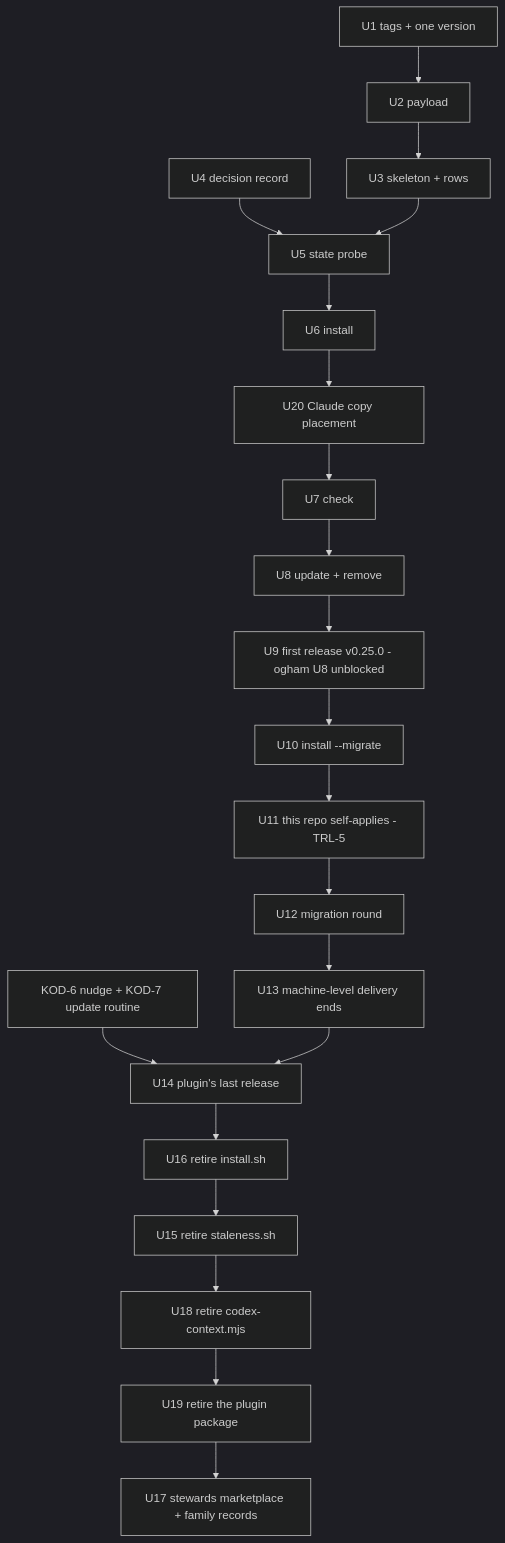
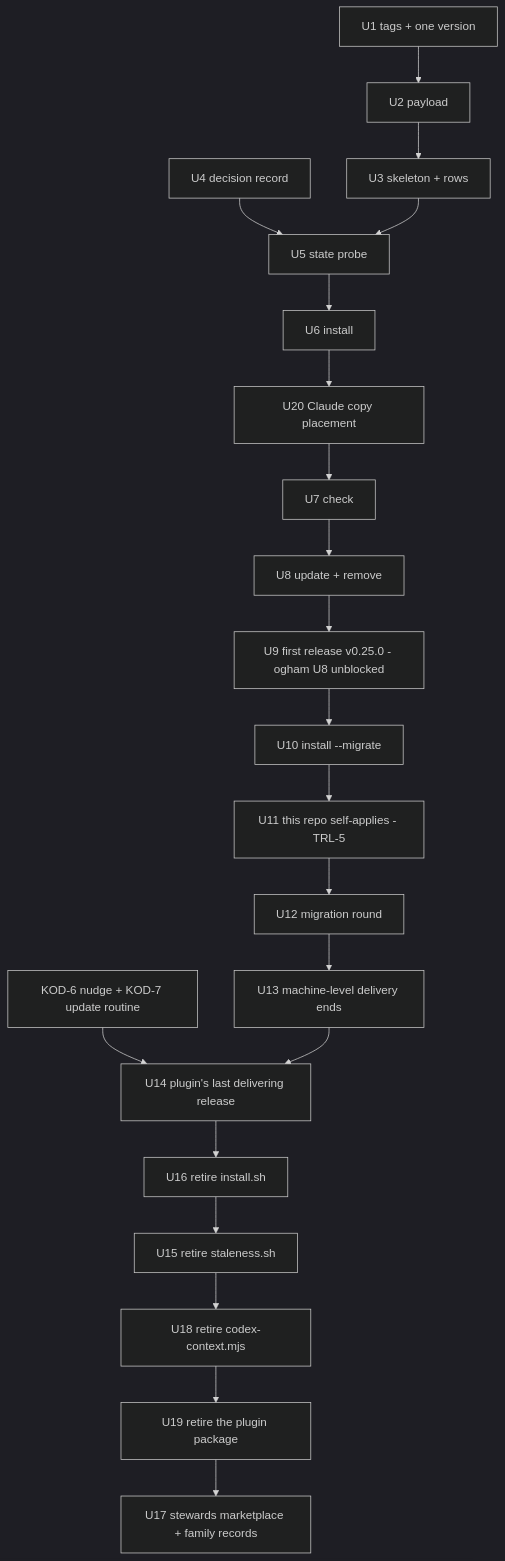
Before and after one commit to kodhama/trellis: the third of 3 diagrams in docs/plans/2026-10-09-1945-refactor-trellis-delivery-direction-plan.md, drawn with Mermaid (dark theme). The commit also changed other lines of this file, not shown here.

````diff
--- a/docs/plans/2026-10-09-1945-refactor-trellis-delivery-direction-plan.md
+++ b/docs/plans/2026-10-09-1945-refactor-trellis-delivery-direction-plan.md
@@ -319,17 +319,17 @@
 ```mermaid
 flowchart TB
   U1[U1 tags + one version] --> U2[U2 payload]
   U2 --> U3[U3 skeleton + rows]
   U4[U4 decision record] --> U5[U5 state probe]
   U3 --> U5 --> U6[U6 install] --> U20[U20 Claude copy placement] --> U7[U7 check] --> U8[U8 update + remove]
   U8 --> U9[U9 first release v0.25.0 - ogham U8 unblocked]
   U9 --> U10[U10 install --migrate]
   U10 --> U11[U11 this repo self-applies - TRL-5]
   U11 --> U12[U12 migration round]
   U12 --> U13[U13 machine-level delivery ends]
-  KOD[KOD-6 nudge + KOD-7 update routine] --> U14[U14 plugin's last release]
+  KOD[KOD-6 nudge + KOD-7 update routine] --> U14[U14 plugin's last delivering release]
   U13 --> U14 --> U16[U16 retire install.sh]
   U16 --> U15[U15 retire staleness.sh] --> U18[U18 retire codex-context.mjs]
   U18 --> U19[U19 retire the plugin package]
   U19 --> U17[U17 stewards marketplace + family records]
 ```
````
